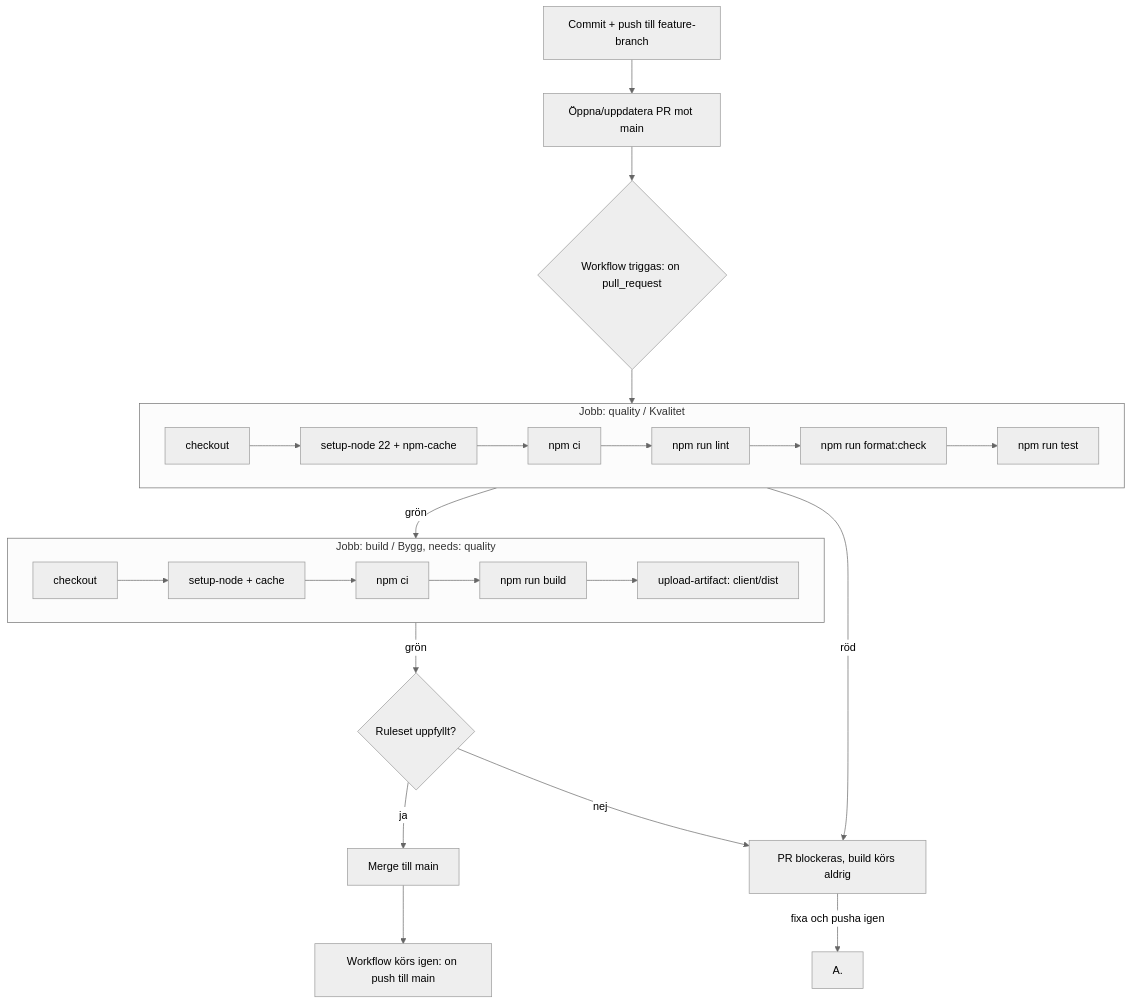
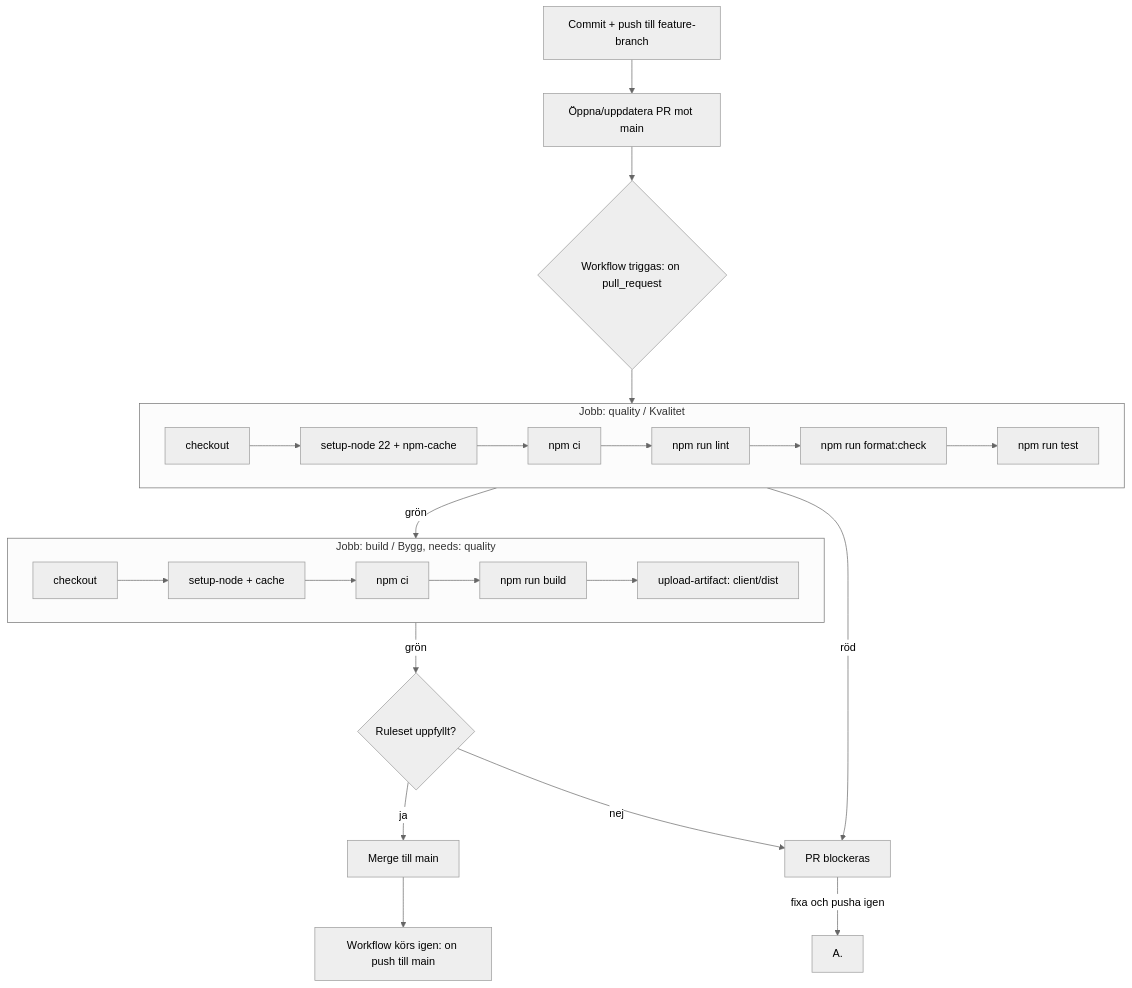
Before and after one commit to DaniilGurski/utpost: the diagram in docs/pipeline.md, drawn with Mermaid (neutral theme). The commit also changed other lines of this file, not shown here.

````diff
--- a/docs/pipeline.md
+++ b/docs/pipeline.md
@@ -5,30 +4,30 @@
 ```mermaid
 flowchart TD
     A[Commit + push till feature-branch] --> B[Öppna/uppdatera PR mot main]
     B --> C{Workflow triggas: on pull_request}
     C --> Q
 
     subgraph Q [Jobb: quality / Kvalitet]
         Q1[checkout] --> Q2[setup-node 22 + npm-cache]
         Q2 --> Q3[npm ci]
         Q3 --> Q4[npm run lint]
         Q4 --> Q5[npm run format:check]
         Q5 --> Q6[npm run test]
     end
 
     Q -->|grön| BLD
-    Q -->|röd| X[PR blockeras, build körs aldrig]
+    Q -->|röd| X[PR blockeras]
     X -->|fixa och pusha igen| A.
 
     subgraph BLD [Jobb: build / Bygg, needs: quality]
         B1[checkout] --> B2[setup-node + cache]
         B2 --> B3[npm ci]
         B3 --> B4[npm run build]
         B4 --> B5[upload-artifact: client/dist]
     end
 
     BLD -->|grön| R{Ruleset uppfyllt?}
     R -->|ja| M[Merge till main]
     R -->|nej| X
     M --> P[Workflow körs igen: on push till main]
 ```
````
